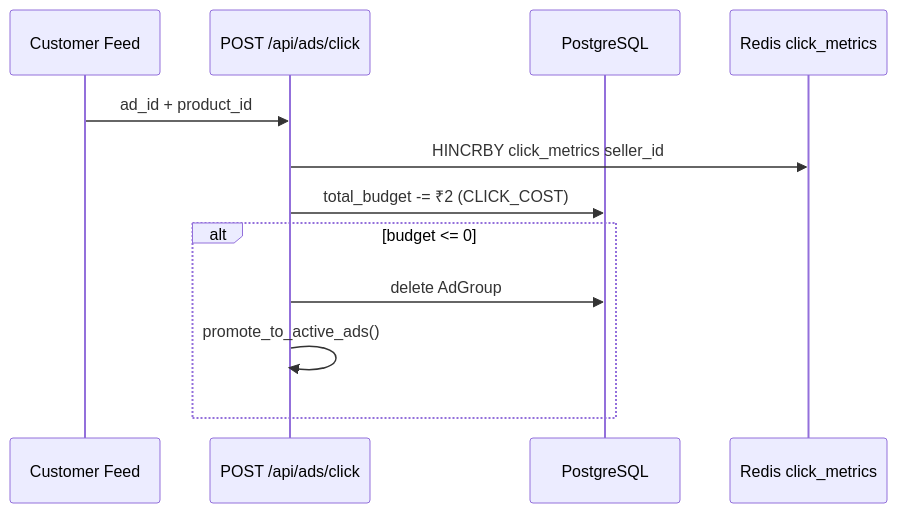
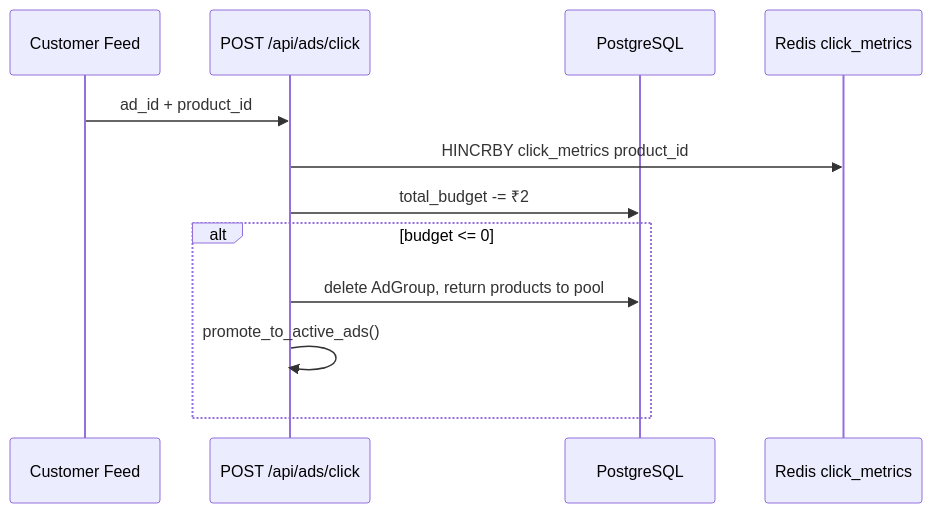
Before and after one commit to aditiiprasad/Meesho: the third of 3 diagrams in README.md, drawn with Mermaid. The commit also changed other lines of this file and 8 other files, not shown here.

````diff
--- a/README.md
+++ b/README.md
@@ -257,15 +343,15 @@
 ```mermaid
 sequenceDiagram
     participant C as Customer Feed
     participant API as POST /api/ads/click
     participant PG as PostgreSQL
     participant RD as Redis click_metrics
 
     C->>API: ad_id + product_id
-    API->>RD: HINCRBY click_metrics seller_id
-    API->>PG: total_budget -= ₹2 (CLICK_COST)
+    API->>RD: HINCRBY click_metrics product_id
+    API->>PG: total_budget -= ₹2
     alt budget <= 0
-        API->>PG: delete AdGroup
+        API->>PG: delete AdGroup, return products to pool
         API->>API: promote_to_active_ads()
     end
 ```
````
